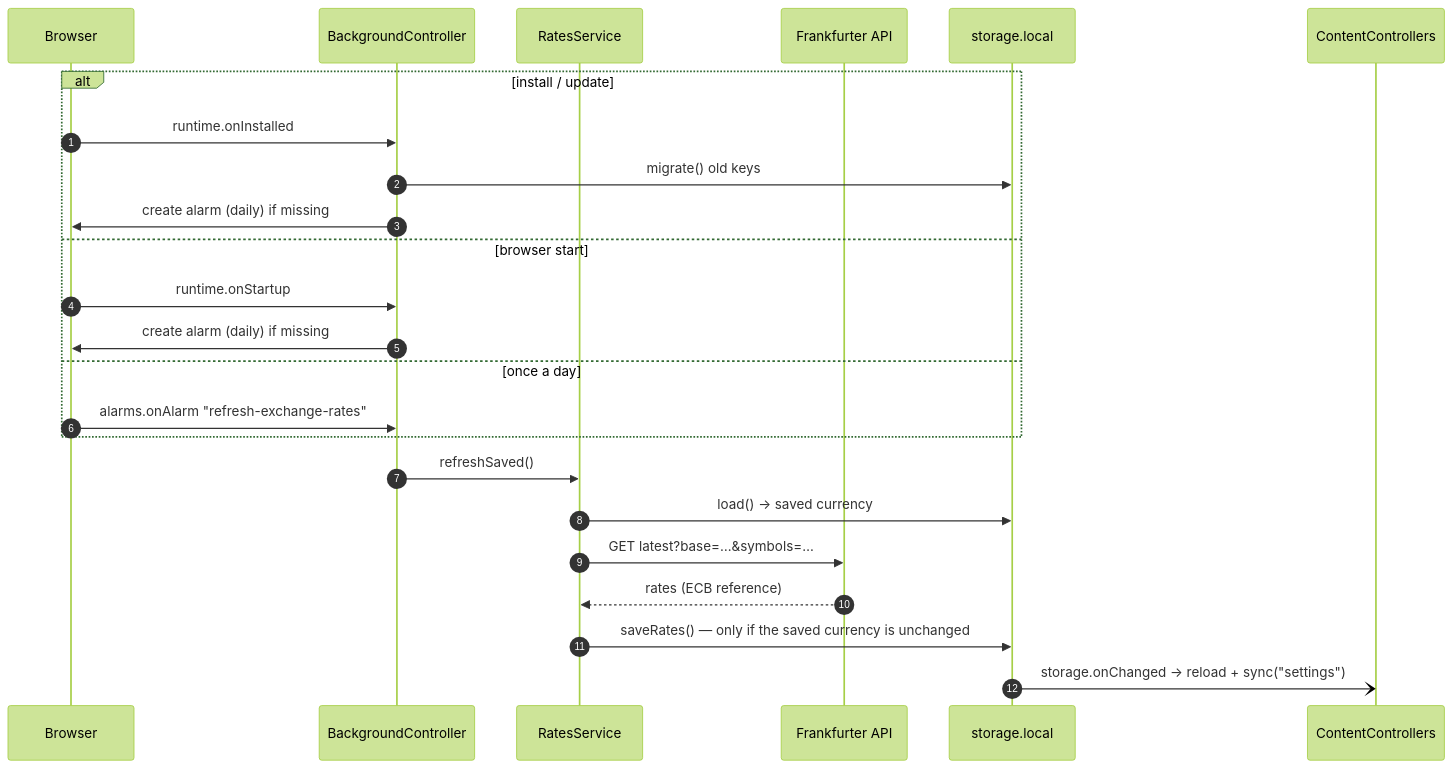
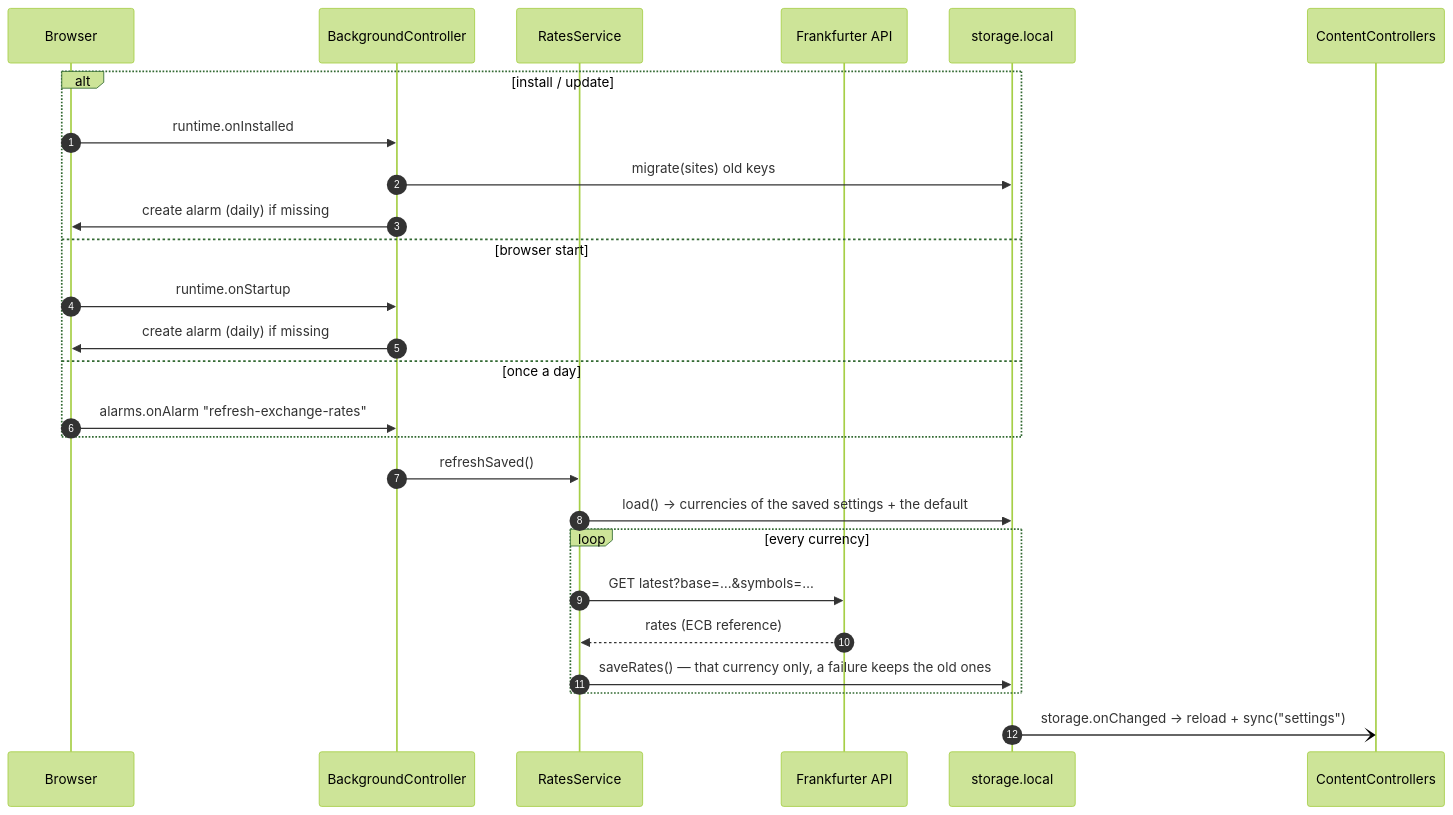
Before and after one commit to radyak/minerva-browserplugin: the sixth of 7 diagrams in docs/architecture.md, drawn with Mermaid (forest theme). The commit also changed other lines of this file and 23 other files, not shown here.

````diff
--- a/docs/architecture.md
+++ b/docs/architecture.md
@@ -309,27 +312,29 @@
 ```mermaid
 sequenceDiagram
   autonumber
   participant Browser
   participant BC as BackgroundController
   participant RS as RatesService
   participant API as Frankfurter API
   participant Store as storage.local
   participant Tabs as ContentControllers
 
   alt install / update
     Browser->>BC: runtime.onInstalled
-    BC->>Store: migrate() old keys
+    BC->>Store: migrate(sites) old keys
     BC->>Browser: create alarm (daily) if missing
   else browser start
     Browser->>BC: runtime.onStartup
     BC->>Browser: create alarm (daily) if missing
   else once a day
     Browser->>BC: alarms.onAlarm "refresh-exchange-rates"
   end
   BC->>RS: refreshSaved()
-  RS->>Store: load() → saved currency
-  RS->>API: GET latest?base=…&symbols=…
-  API-->>RS: rates (ECB reference)
-  RS->>Store: saveRates() — only if the saved currency is unchanged
+  RS->>Store: load() → currencies of the saved settings + the default
+  loop every currency
+    RS->>API: GET latest?base=…&symbols=…
+    API-->>RS: rates (ECB reference)
+    RS->>Store: saveRates() — that currency only, a failure keeps the old ones
+  end
   Store-)Tabs: storage.onChanged → reload + sync("settings")
 ```
````
